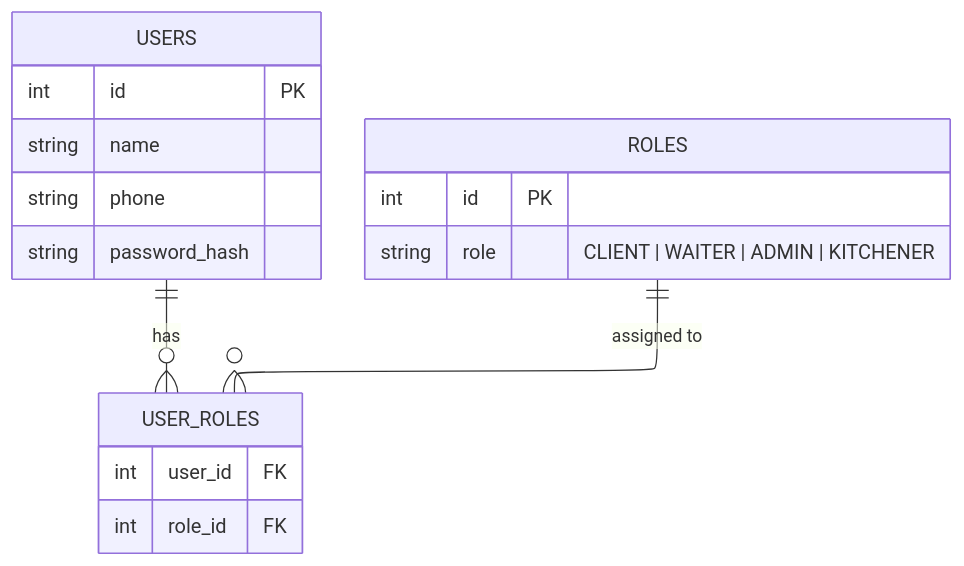
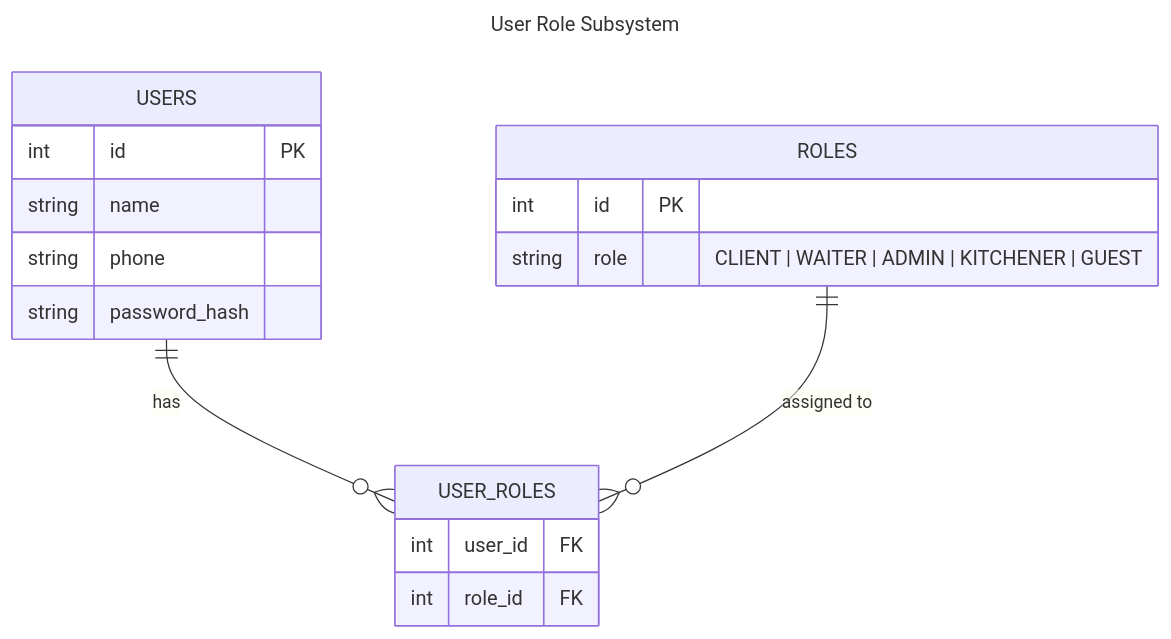
Before and after one commit to cyjiky/TableFlow: the second of 2 diagrams in model.md, drawn with Mermaid. The commit also changed other lines of this file, not shown here.

````diff
--- a/model.md
+++ b/model.md
@@ -75,26 +87,25 @@
 ```mermaid
 ---
-config:
-    layout: elk
+title: User Role Subsystem
 ---
 erDiagram
-    USERS ||--o{ USER_ROLES : "has"
-    ROLES ||--o{ USER_ROLES : "assigned to"
+    USERS ||--o{ USER_ROLES: "has"
+    ROLES ||--o{ USER_ROLES: "assigned to"
 
     USERS {
         int id PK
         string name
         string phone
         string password_hash
     }
 
     ROLES {
         int id PK
-        string role "CLIENT | WAITER | ADMIN | KITCHENER"
+        string role "CLIENT | WAITER | ADMIN | KITCHENER | GUEST"
     }
 
     USER_ROLES {
         int user_id FK
         int role_id FK
     }
 ```
````
